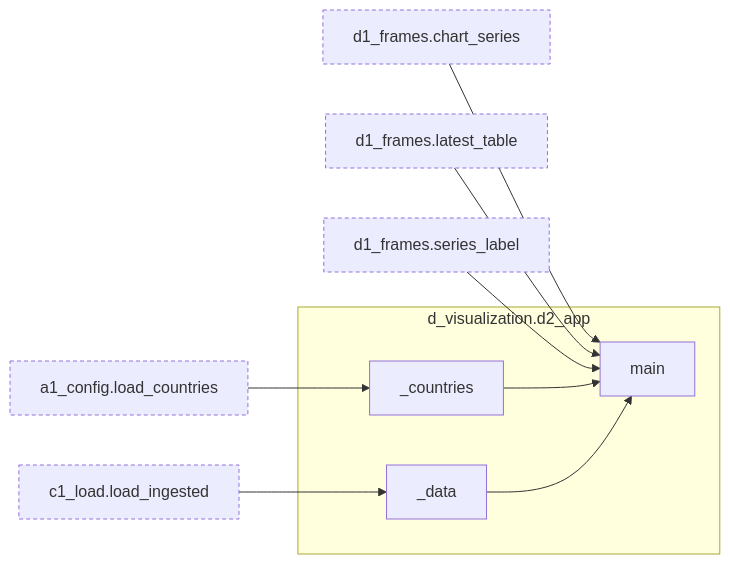
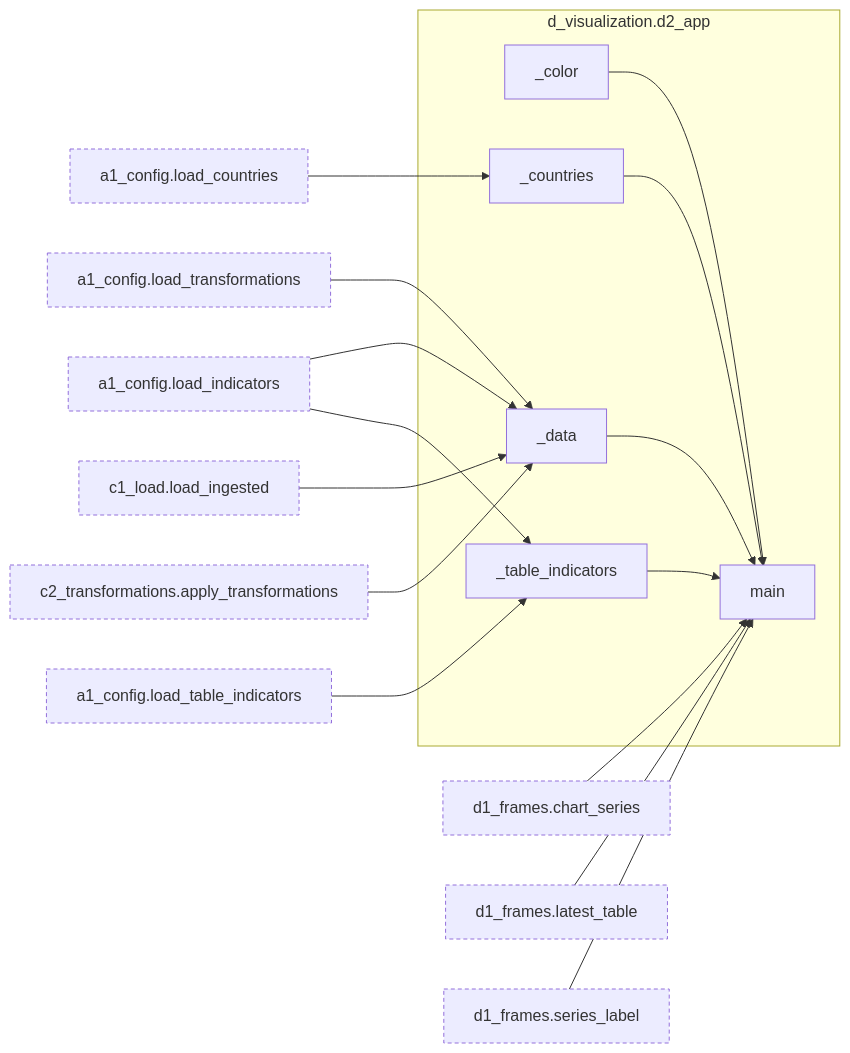
One commit to bsawyerg15/MacroScan changed diagram 13 of 13 in docs/architecture.md. Above: the diagram before and after it, drawn with Mermaid. The commit also changed other lines of this file and 14 other files, not shown here.

````diff
--- a/docs/architecture.md
+++ b/docs/architecture.md
@@ -867,29 +951,48 @@
 ```mermaid
 flowchart LR
   subgraph this["d_visualization.d2_app"]
+    n_d_visualization_d2_app__color["_color"]
     n_d_visualization_d2_app__countries["_countries"]
     n_d_visualization_d2_app__data["_data"]
+    n_d_visualization_d2_app__table_indicators["_table_indicators"]
     n_d_visualization_d2_app_main["main"]
   end
   n_a_core_a1_config_load_countries["a1_config.load_countries"]:::ext
+  n_a_core_a1_config_load_indicators["a1_config.load_indicators"]:::ext
+  n_a_core_a1_config_load_table_indicators["a1_config.load_table_indicators"]:::ext
+  n_a_core_a1_config_load_transformations["a1_config.load_transformations"]:::ext
   n_c_transform_c1_load_load_ingested["c1_load.load_ingested"]:::ext
+  n_c_transform_c2_transformations_apply_transformations["c2_transformations.apply_transformations"]:::ext
   n_d_visualization_d1_frames_chart_series["d1_frames.chart_series"]:::ext
   n_d_visualization_d1_frames_latest_table["d1_frames.latest_table"]:::ext
   n_d_visualization_d1_frames_series_label["d1_frames.series_label"]:::ext
   n_a_core_a1_config_load_countries --> n_d_visualization_d2_app__countries
+  n_a_core_a1_config_load_indicators --> n_d_visualization_d2_app__data
+  n_a_core_a1_config_load_transformations --> n_d_visualization_d2_app__data
   n_c_transform_c1_load_load_ingested --> n_d_visualization_d2_app__data
+  n_c_transform_c2_transformations_apply_transformations --> n_d_visualization_d2_app__data
+  n_a_core_a1_config_load_indicators --> n_d_visualization_d2_app__table_indicators
+  n_a_core_a1_config_load_table_indicators --> n_d_visualization_d2_app__table_indicators
   n_d_visualization_d1_frames_chart_series --> n_d_visualization_d2_app_main
   n_d_visualization_d1_frames_latest_table --> n_d_visualization_d2_app_main
   n_d_visualization_d1_frames_series_label --> n_d_visualization_d2_app_main
+  n_d_visualization_d2_app__color --> n_d_visualization_d2_app_main
   n_d_visualization_d2_app__countries --> n_d_visualization_d2_app_main
   n_d_visualization_d2_app__data --> n_d_visualization_d2_app_main
+  n_d_visualization_d2_app__table_indicators --> n_d_visualization_d2_app_main
   click n_a_core_a1_config_load_countries href "#fn-a_core-a1_config-load_countries"
+  click n_a_core_a1_config_load_indicators href "#fn-a_core-a1_config-load_indicators"
+  click n_a_core_a1_config_load_table_indicators href "#fn-a_core-a1_config-load_table_indicators"
+  click n_a_core_a1_config_load_transformations href "#fn-a_core-a1_config-load_transformations"
   click n_c_transform_c1_load_load_ingested href "#fn-c_transform-c1_load-load_ingested"
+  click n_c_transform_c2_transformations_apply_transformations href "#fn-c_transform-c2_transformations-apply_transformations"
   click n_d_visualization_d1_frames_chart_series href "#fn-d_visualization-d1_frames-chart_series"
   click n_d_visualization_d1_frames_latest_table href "#fn-d_visualization-d1_frames-latest_table"
   click n_d_visualization_d1_frames_series_label href "#fn-d_visualization-d1_frames-series_label"
+  click n_d_visualization_d2_app__color href "#fn-d_visualization-d2_app-_color"
   click n_d_visualization_d2_app__countries href "#fn-d_visualization-d2_app-_countries"
   click n_d_visualization_d2_app__data href "#fn-d_visualization-d2_app-_data"
+  click n_d_visualization_d2_app__table_indicators href "#fn-d_visualization-d2_app-_table_indicators"
   click n_d_visualization_d2_app_main href "#fn-d_visualization-d2_app-main"
   classDef ext stroke-dasharray: 4 3
 ```
````
